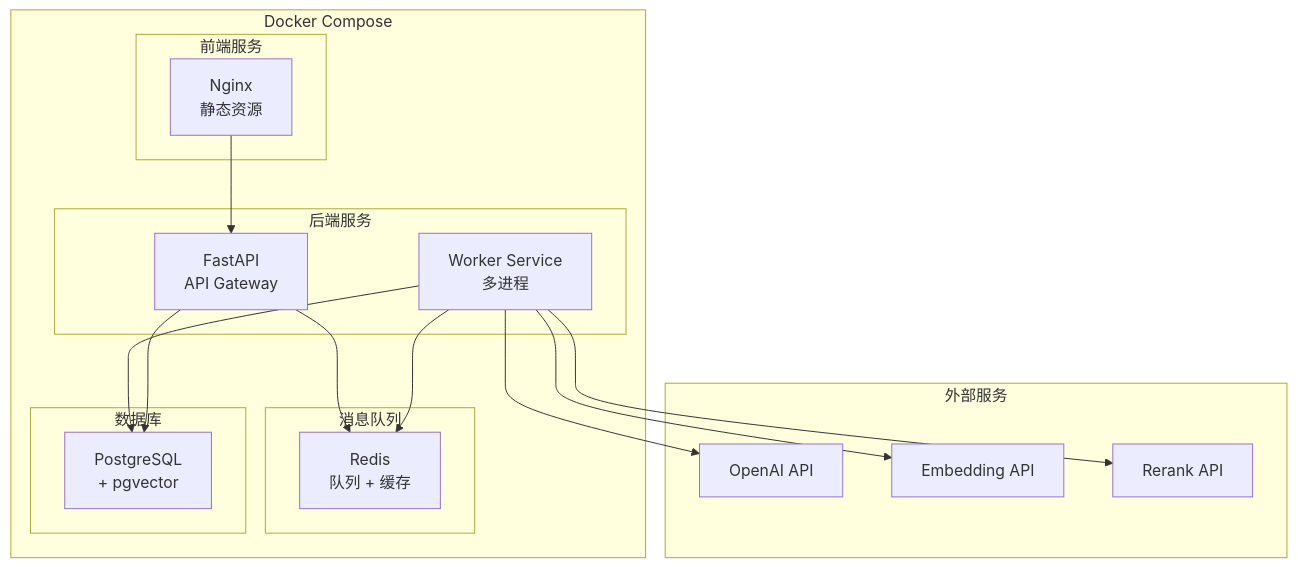
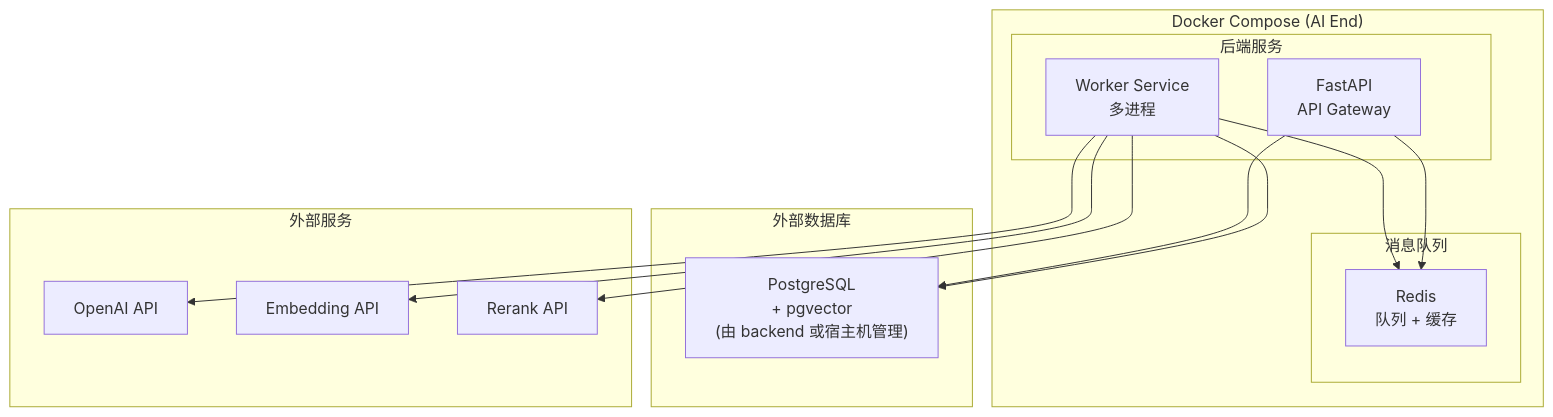
One commit to MEO-wj/OA_Reader_APP changed the fourth of 12 diagrams in ai_end_refactor/README.md. Above: the diagram before and after it, drawn with Mermaid. The commit also changed other lines of this file and 3 other files, not shown here.

````diff
--- a/ai_end_refactor/README.md
+++ b/ai_end_refactor/README.md
@@ -327,37 +327,31 @@
 ```mermaid
 flowchart TB
-    subgraph Docker["Docker Compose"]
-        subgraph Frontend["前端服务"]
-            Nginx["Nginx<br/>静态资源"]
-        end
-
+    subgraph Docker["Docker Compose (AI End)"]
         subgraph Backend["后端服务"]
             API["FastAPI<br/>API Gateway"]
             Worker["Worker Service<br/>多进程"]
         end
 
         subgraph Queue["消息队列"]
             Redis["Redis<br/>队列 + 缓存"]
         end
+    end
 
-        subgraph Database["数据库"]
-            PG["PostgreSQL<br/>+ pgvector"]
-        end
-
-        Nginx --> API
-        API --> Redis
-        Worker --> Redis
-        Worker --> PG
-        API --> PG
+    subgraph ExternalDB["外部数据库"]
+        PG["PostgreSQL<br/>+ pgvector<br/>(由 backend 或宿主机管理)"]
     end
 
     subgraph External["外部服务"]
         OpenAI["OpenAI API"]
         EBD["Embedding API"]
         Rerank["Rerank API"]
     end
 
+    API --> Redis
+    Worker --> Redis
+    Worker --> PG
+    API --> PG
     Worker --> OpenAI
     Worker --> EBD
     Worker --> Rerank
 ```
````
